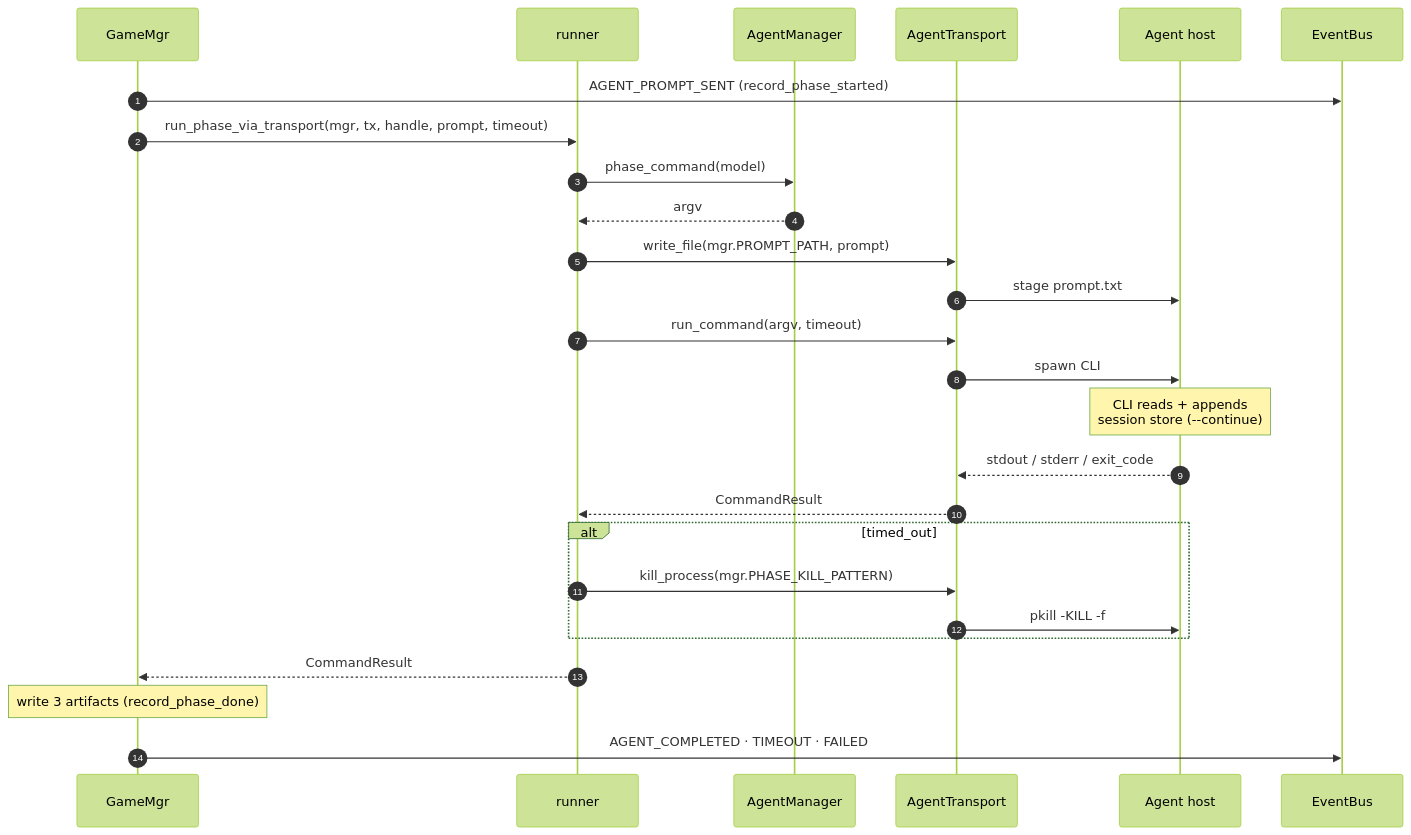
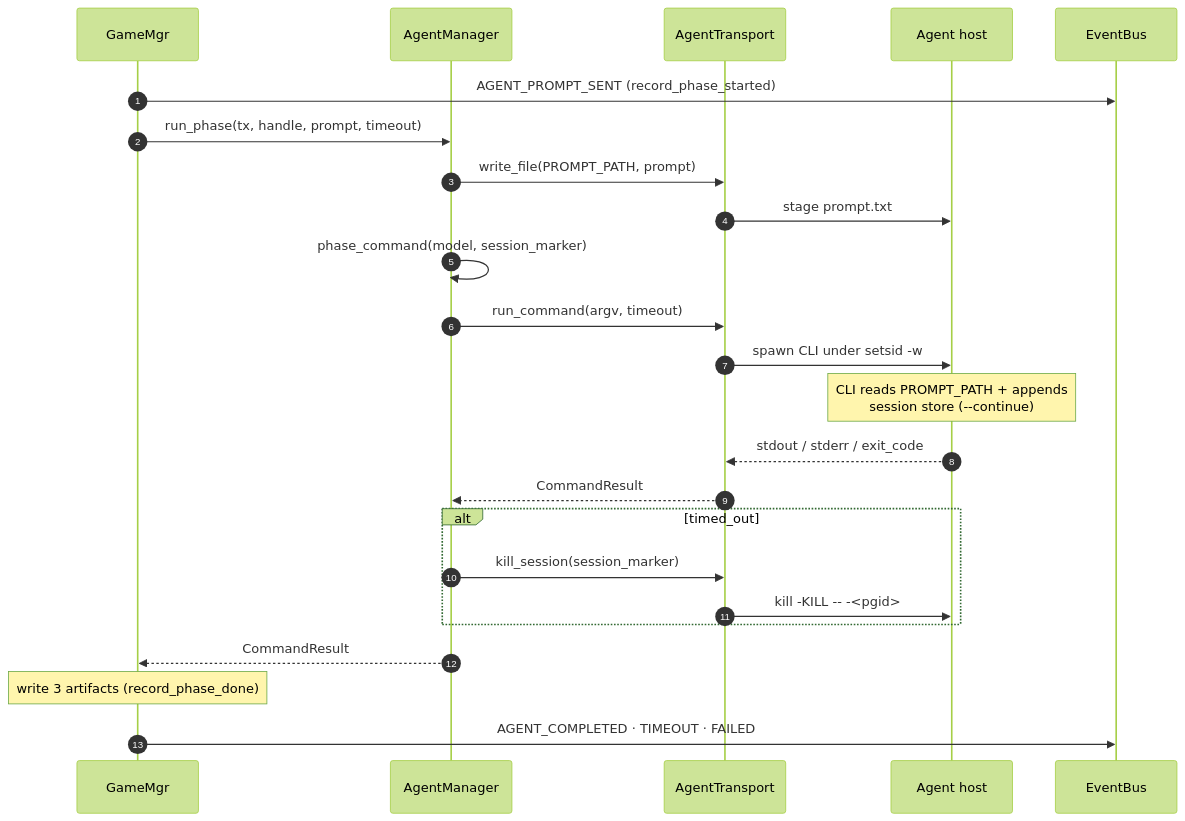
One commit to YueyangPan/CyberArenaOrchestration changed the second of 2 diagrams in docs/UML/agent_manager.md. Above: the diagram before and after it, drawn with Mermaid (forest theme). The commit also changed other lines of this file and 7 other files, not shown here.

First line of the commit message:
refactor(agents): fold run_phase_via_transport into AgentManager.run_phase

````diff
--- a/docs/UML/agent_manager.md
+++ b/docs/UML/agent_manager.md
@@ -121,29 +122,27 @@
 ```mermaid
 sequenceDiagram
   autonumber
   participant Game as GameMgr
-  participant Run as runner
   participant Mgr as AgentManager
   participant Tx as AgentTransport
   participant Host as Agent host
   participant Bus as EventBus
 
   Game->>Bus: AGENT_PROMPT_SENT (record_phase_started)
-  Game->>Run: run_phase_via_transport(mgr, tx, handle, prompt, timeout)
-  Run->>Mgr: phase_command(model)
-  Mgr-->>Run: argv
-  Run->>Tx: write_file(mgr.PROMPT_PATH, prompt)
+  Game->>Mgr: run_phase(tx, handle, prompt, timeout)
+  Mgr->>Tx: write_file(PROMPT_PATH, prompt)
   Tx->>Host: stage prompt.txt
-  Run->>Tx: run_command(argv, timeout)
-  Tx->>Host: spawn CLI
-  Note over Host: CLI reads + appends<br/>session store (--continue)
+  Mgr->>Mgr: phase_command(model, session_marker)
+  Mgr->>Tx: run_command(argv, timeout)
+  Tx->>Host: spawn CLI under setsid -w
+  Note over Host: CLI reads PROMPT_PATH + appends<br/>session store (--continue)
   Host-->>Tx: stdout / stderr / exit_code
-  Tx-->>Run: CommandResult
+  Tx-->>Mgr: CommandResult
   alt timed_out
-    Run->>Tx: kill_process(mgr.PHASE_KILL_PATTERN)
-    Tx->>Host: pkill -KILL -f
+    Mgr->>Tx: kill_session(session_marker)
+    Tx->>Host: kill -KILL -- -<pgid>
   end
-  Run-->>Game: CommandResult
+  Mgr-->>Game: CommandResult
   Note over Game: write 3 artifacts (record_phase_done)
   Game->>Bus: AGENT_COMPLETED · TIMEOUT · FAILED
 ```
````
